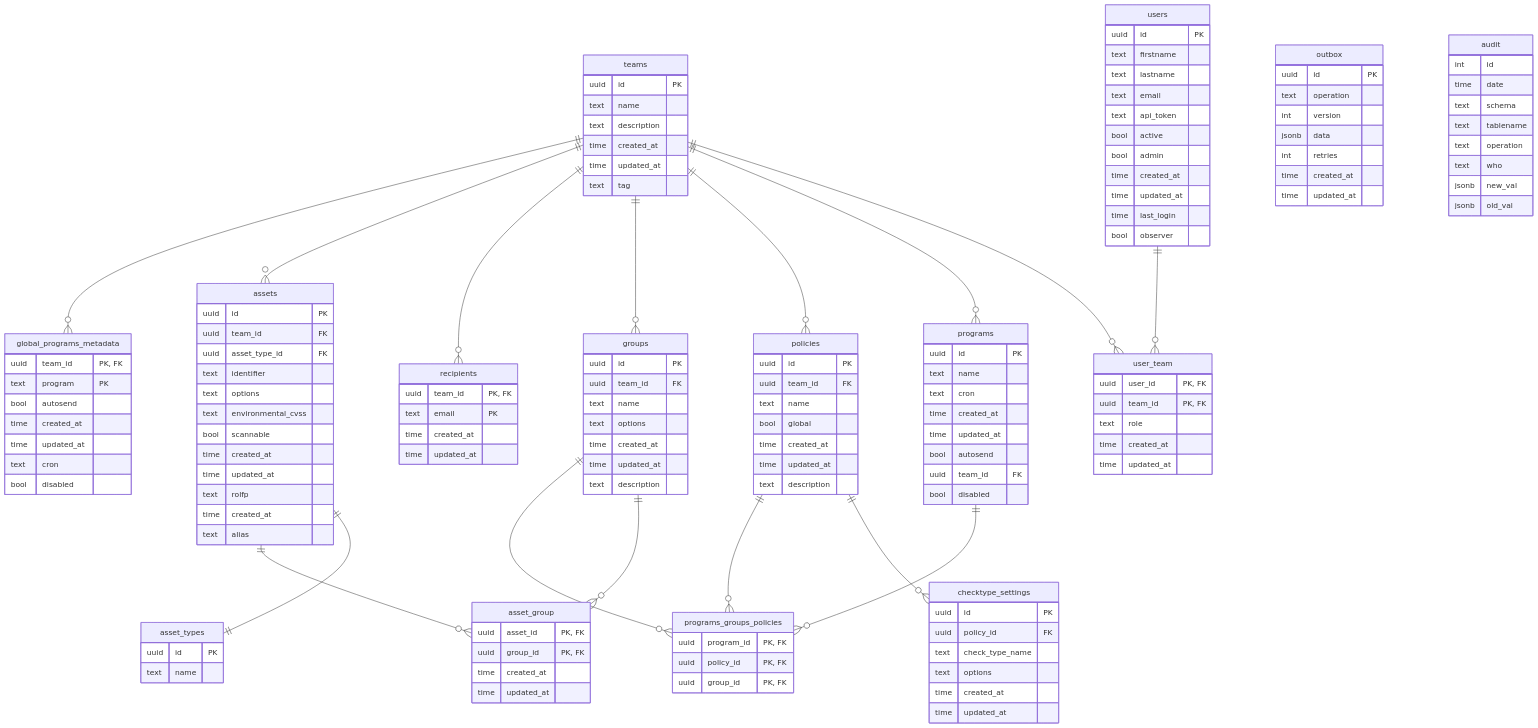
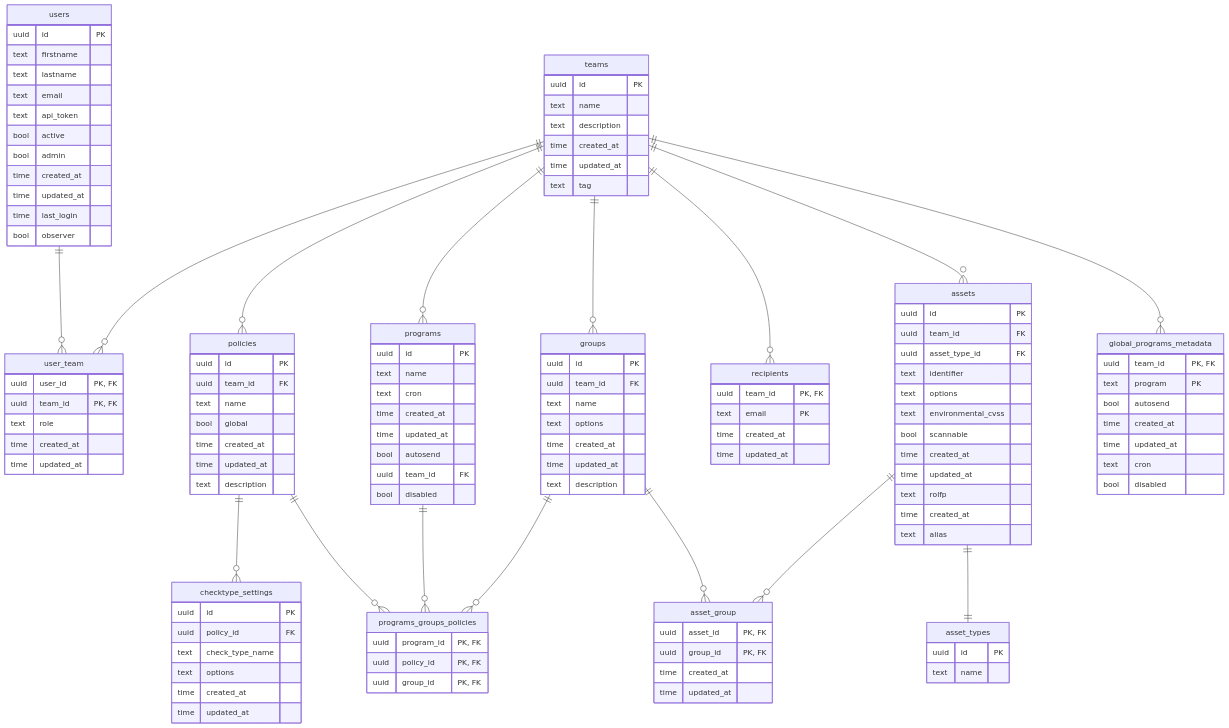
The second of 3 diagrams in docs/data-models.md (adevinta/vulcan-docs), drawn with Mermaid before and after one commit.

Commit message:
Tidy up Vulcan API data model diagram

````diff
--- a/docs/data-models.md
+++ b/docs/data-models.md
@@ -105,14 +105,31 @@
         time updated_at
         text tag
     }
-    groups {
-        uuid id "PK"
-        uuid team_id "FK"
-        text name
-        text options
+    user_team {
+        uuid user_id "PK, FK"
+        uuid team_id "PK, FK"
+        text role
         time created_at
         time updated_at
-        text description
+    }
+    users {
+        uuid id "PK"
+        text firstname
+        text lastname
+        text email
+        text api_token
+        bool active
+        bool admin
+        time created_at
+        time updated_at
+        time last_login
+        bool observer
+    }
+    recipients {
+        uuid team_id "PK, FK"
+        text email "PK"
+        time created_at
+        time updated_at
     }
     assets {
         uuid id "PK"
@@ -128,18 +145,41 @@
         time created_at
         text alias
     }
-    users {
+    asset_types {
         uuid id "PK"
-        text firstname
-        text lastname
-        text email
-        text api_token
-        bool active
-        bool admin
+        text name
+    }
+    asset_group {
+        uuid asset_id "PK, FK"
+        uuid group_id "PK, FK"
         time created_at
         time updated_at
-        time last_login
-        bool observer
+    }
+    groups {
+        uuid id "PK"
+        uuid team_id "FK"
+        text name
+        text options
+        time created_at
+        time updated_at
+        text description
+    }
+    policies {
+        uuid id "PK"
+        uuid team_id "FK"
+        text name
+        bool global
+        time created_at
+        time updated_at
+        text description
+    }
+    checktype_settings {
+        uuid id "PK"
+        uuid policy_id "FK"
+        text check_type_name
+        text options
+        time created_at
+        time updated_at
     }
     programs {
         uuid id "PK"
@@ -151,45 +191,10 @@
         uuid team_id "FK"
         bool disabled
     }
-    policies {
-        uuid id "PK"
-        uuid team_id "FK"
-        text name
-        bool global
-        time created_at
-        time updated_at
-        text description
-    }
-    recipients {
-        uuid team_id "PK, FK"
-        text email "PK"
-        time created_at
-        time updated_at
-    }
-    user_team {
-        uuid user_id "PK, FK"
-        uuid team_id "PK, FK"
-        text role
-        time created_at
-        time updated_at
-    }
-    asset_types {
-        uuid id "PK"
-        text name
-    }
-    asset_group {
-        uuid asset_id "PK, FK"
+    programs_groups_policies {
+        uuid program_id "PK, FK"
+        uuid policy_id "PK, FK"
         uuid group_id "PK, FK"
-        time created_at
-        time updated_at
-    }
-    checktype_settings {
-        uuid id "PK"
-        uuid policy_id "FK"
-        text check_type_name
-        text options
-        time created_at
-        time updated_at
     }
     global_programs_metadata {
         uuid team_id "PK, FK"
@@ -200,43 +205,19 @@
         text cron
         bool disabled
     }
-    programs_groups_policies {
-        uuid program_id "PK, FK"
-        uuid policy_id "PK, FK"
-        uuid group_id "PK, FK"
-    }
-    outbox {
-        uuid id "PK"
-        text operation
-        int version
-        jsonb data
-        int retries
-        time created_at
-        time updated_at
-    }
-    audit {
-        int id
-        time date
-        text schema
-        text tablename
-        text operation
-        text who
-        jsonb new_val
-        jsonb old_val
-    }
     teams ||--o{ user_team : ""
+    teams ||--o{ policies : ""
     teams ||--o{ programs : ""
-    teams ||--o{ policies : ""
     teams ||--o{ groups : ""
     teams ||--o{ recipients : ""
     teams ||--o{ assets : ""
     teams ||--o{ global_programs_metadata : ""
     users ||--o{ user_team : ""
+    assets ||--o{ asset_group : ""
     assets ||--|| asset_types : ""
-    assets ||--o{ asset_group : ""
     policies ||--o{ checktype_settings : ""
     policies ||--o{ programs_groups_policies : ""
-    groups ||--o{ asset_group : ""
     programs ||--o{ programs_groups_policies : ""
     groups ||--o{ programs_groups_policies : ""
+    groups ||--o{ asset_group : ""
 ```
````
